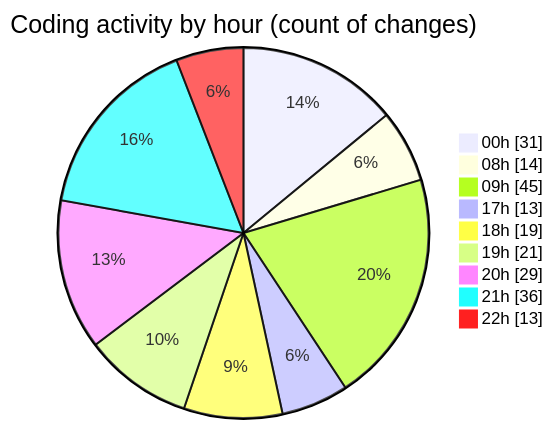
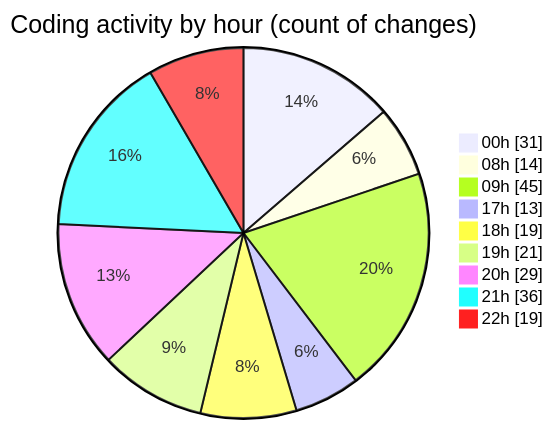
The second of 2 diagrams in 2025-08-03/studybuddy/README.md (lephambinh05/code-tracking), drawn with Mermaid before and after one commit. The commit also changed other lines of this file and 1 other file, not shown here.

````diff
--- a/2025-08-03/studybuddy/README.md
+++ b/2025-08-03/studybuddy/README.md
@@ -103,13 +103,13 @@
 ```mermaid
 pie showData
 title Coding activity by hour (count of changes)
 "00h" : 31
 "08h" : 14
 "09h" : 45
 "17h" : 13
 "18h" : 19
 "19h" : 21
 "20h" : 29
 "21h" : 36
-"22h" : 13
+"22h" : 19
 ```
````
